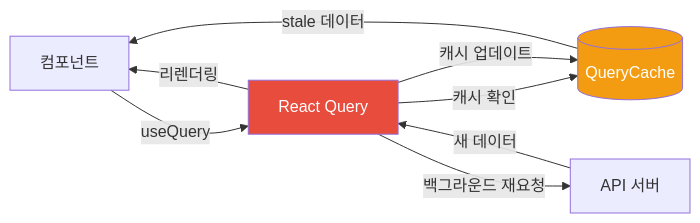
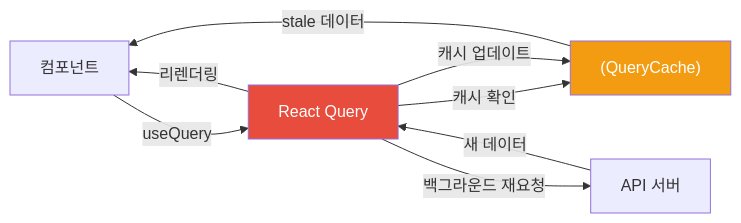
Before and after one commit to yjkim2015/yjkim2015.github.io: the sixth of 8 diagrams in _posts/frontend/2026-05-02-react-state-management.md, drawn with Mermaid. The commit also changed other lines of this file and 87 other files, not shown here.

First line of the commit message:
Massive quality pass: rewrite 49 old posts, fix Mermaid, card layouts

````diff
--- a/_posts/frontend/2026-05-02-react-state-management.md
+++ b/_posts/frontend/2026-05-02-react-state-management.md
@@ -586,13 +586,13 @@
 ```mermaid
 flowchart LR
     COMP["컴포넌트"] -->|useQuery| RQ["React Query"]
-    RQ -->|캐시 확인| CACHE[(QueryCache)]
-    CACHE -->|stale 데이터| COMP
-    RQ -->|백그라운드 재요청| API["API 서버"]
-    API -->|새 데이터| RQ
-    RQ -->|캐시 업데이트| CACHE
-    RQ -->|리렌더링| COMP
+    RQ -->|"캐시 확인"| CACHE["(QueryCache)"]
+    CACHE -->|"stale 데이터"| COMP
+    RQ -->|"백그라운드 재요청"| API["API 서버"]
+    API -->|"새 데이터"| RQ
+    RQ -->|"캐시 업데이트"| CACHE
+    RQ -->|"리렌더링"| COMP
 
     style RQ fill:#e74c3c,color:#fff
     style CACHE fill:#f39c12,color:#fff
 ```
````
